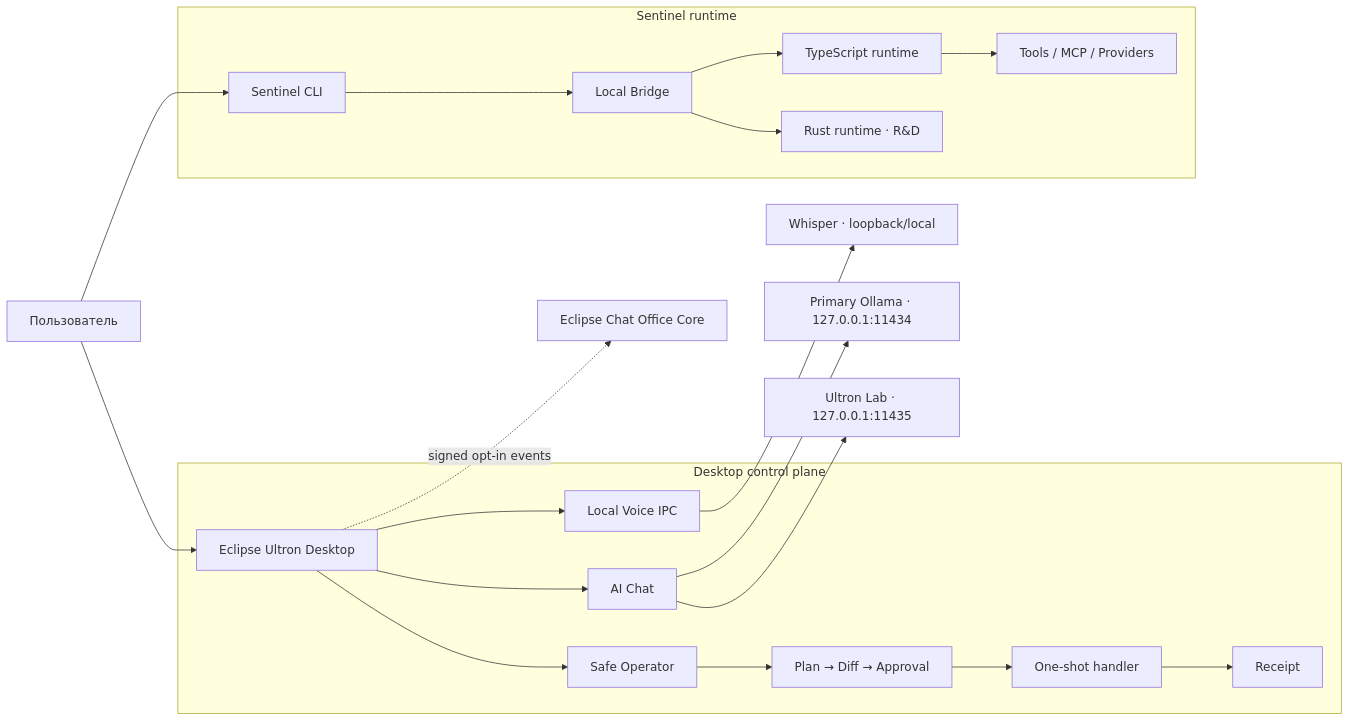
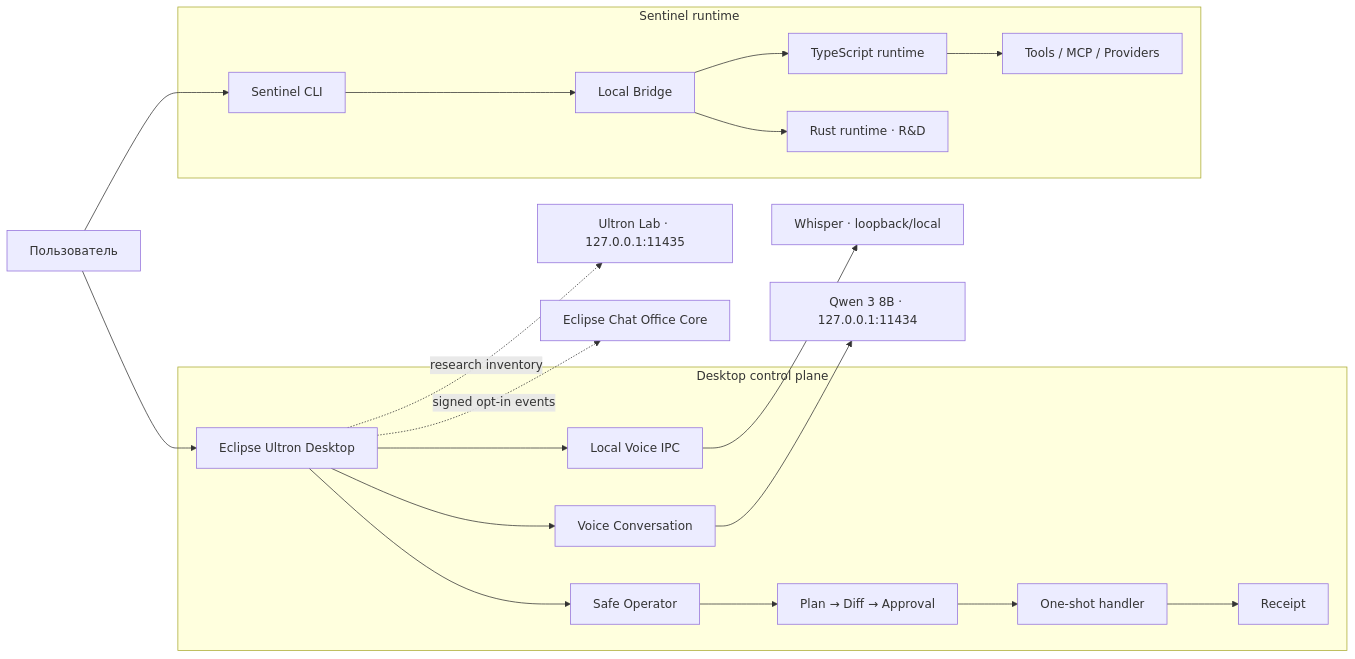
The diagram in README.md (PavelHopson/pavelcode-cli), drawn with Mermaid before and after one commit. The commit also changed other lines of this file and 18 other files, not shown here.

Commit message:
feat(voice): make Ultron voice-first

````diff
--- a/README.md
+++ b/README.md
@@ -98,26 +96,26 @@
 ```mermaid
 flowchart LR
     U["Пользователь"] --> D["Eclipse Ultron Desktop"]
     U --> C["Sentinel CLI"]
 
     subgraph Desktop["Desktop control plane"]
       D --> V["Local Voice IPC"]
       D --> R["Safe Operator"]
-      D --> H["AI Chat"]
+      D --> H["Voice Conversation"]
       R --> P["Plan → Diff → Approval"]
       P --> X["One-shot handler"]
       X --> Q["Receipt"]
     end
 
     subgraph Runtime["Sentinel runtime"]
       C --> B["Local Bridge"]
       B --> T["TypeScript runtime"]
       B --> RS["Rust runtime · R&D"]
       T --> MCP["Tools / MCP / Providers"]
     end
 
     V --> W["Whisper · loopback/local"]
-    H --> O["Primary Ollama · 127.0.0.1:11434"]
-    H --> L["Ultron Lab · 127.0.0.1:11435"]
+    H --> O["Qwen 3 8B · 127.0.0.1:11434"]
+    D -. research inventory .-> L["Ultron Lab · 127.0.0.1:11435"]
     D -. signed opt-in events .-> E["Eclipse Chat Office Core"]
 ```
````
